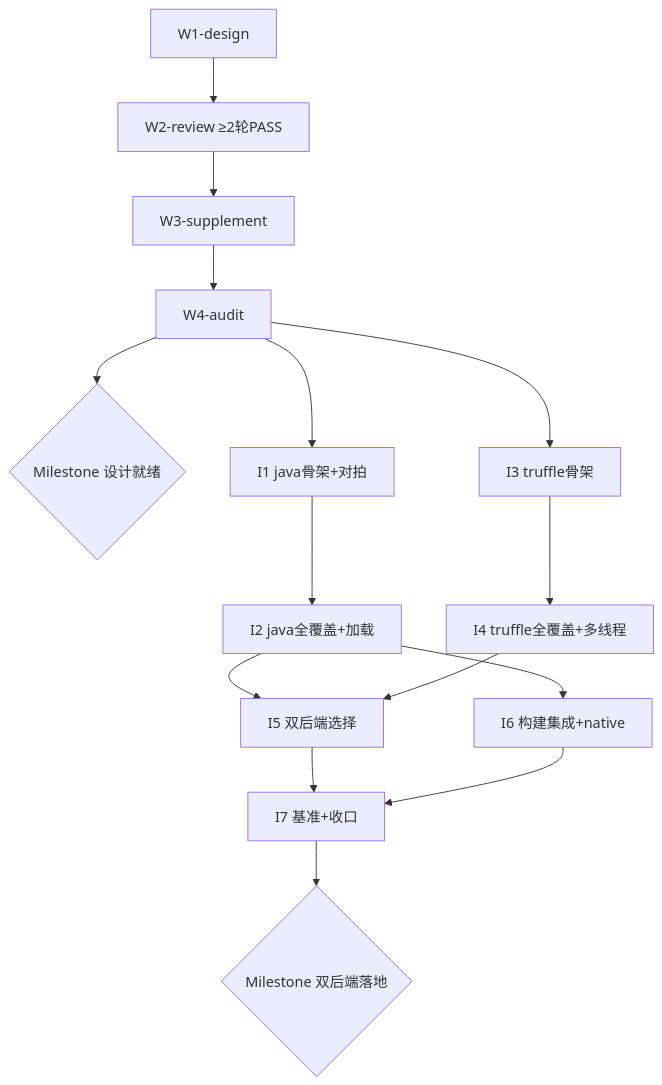
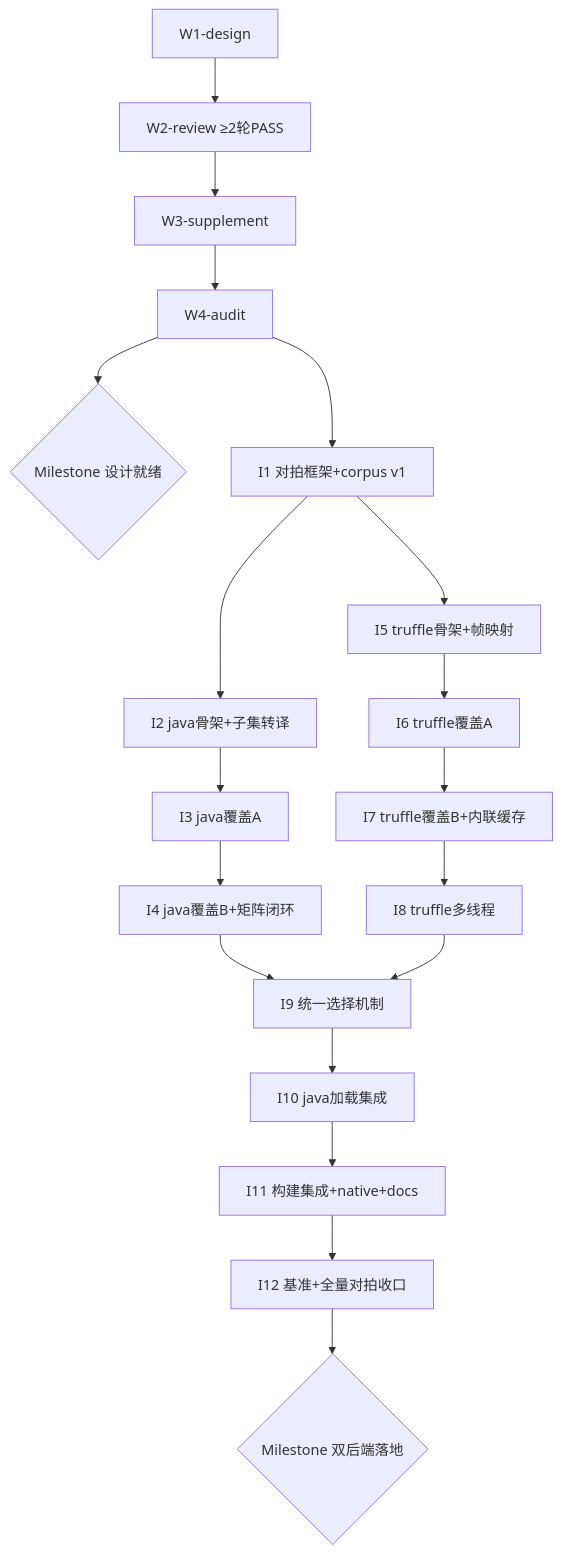
One commit to entropy-cloud/nop-entropy changed the diagram in ai-dev/backlog/xlang-execution-optimization-roadmap.md. Above: the diagram before and after it, drawn with Mermaid. The commit also changed other lines of this file and 2 other files, not shown here.

````diff
--- a/ai-dev/backlog/xlang-execution-optimization-roadmap.md
+++ b/ai-dev/backlog/xlang-execution-optimization-roadmap.md
@@ -99,13 +147,12 @@
 ```mermaid
 graph TD
     W1[W1-design] --> W2[W2-review ≥2轮PASS] --> W3[W3-supplement] --> W4[W4-audit]
     W4 --> M1{Milestone 设计就绪}
-    W4 --> I1[I1 java骨架+对拍] --> I2[I2 java全覆盖+加载]
-    W4 --> I3[I3 truffle骨架] --> I4[I4 truffle全覆盖+多线程]
-    I2 --> I5[I5 双后端选择]
-    I4 --> I5
-    I2 --> I6[I6 构建集成+native]
-    I5 --> I7[I7 基准+收口]
-    I6 --> I7
-    I7 --> M2{Milestone 双后端落地}
+    W4 --> I1[I1 对拍框架+corpus v1]
+    I1 --> I2[I2 java骨架+子集转译] --> I3[I3 java覆盖A] --> I4[I4 java覆盖B+矩阵闭环]
+    I1 --> I5[I5 truffle骨架+帧映射] --> I6[I6 truffle覆盖A] --> I7[I7 truffle覆盖B+内联缓存] --> I8[I8 truffle多线程]
+    I4 --> I9[I9 统一选择机制]
+    I8 --> I9
+    I9 --> I10[I10 java加载集成] --> I11[I11 构建集成+native+docs] --> I12[I12 基准+全量对拍收口]
+    I12 --> M2{Milestone 双后端落地}
 ```
````
